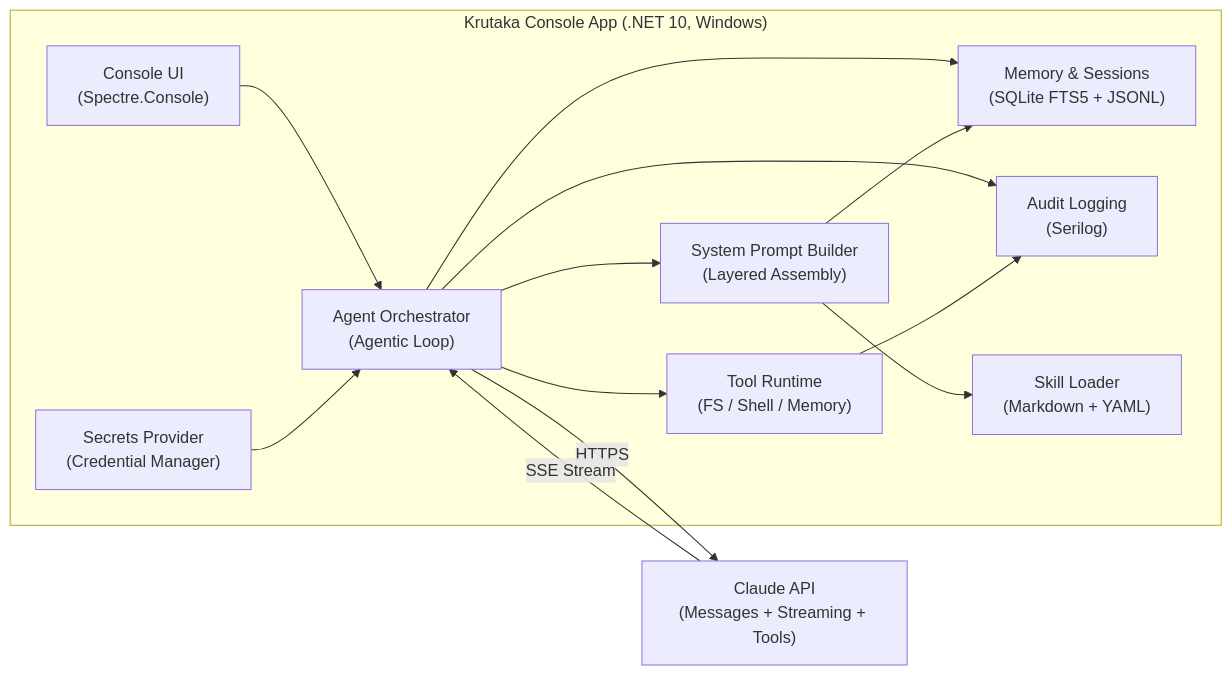
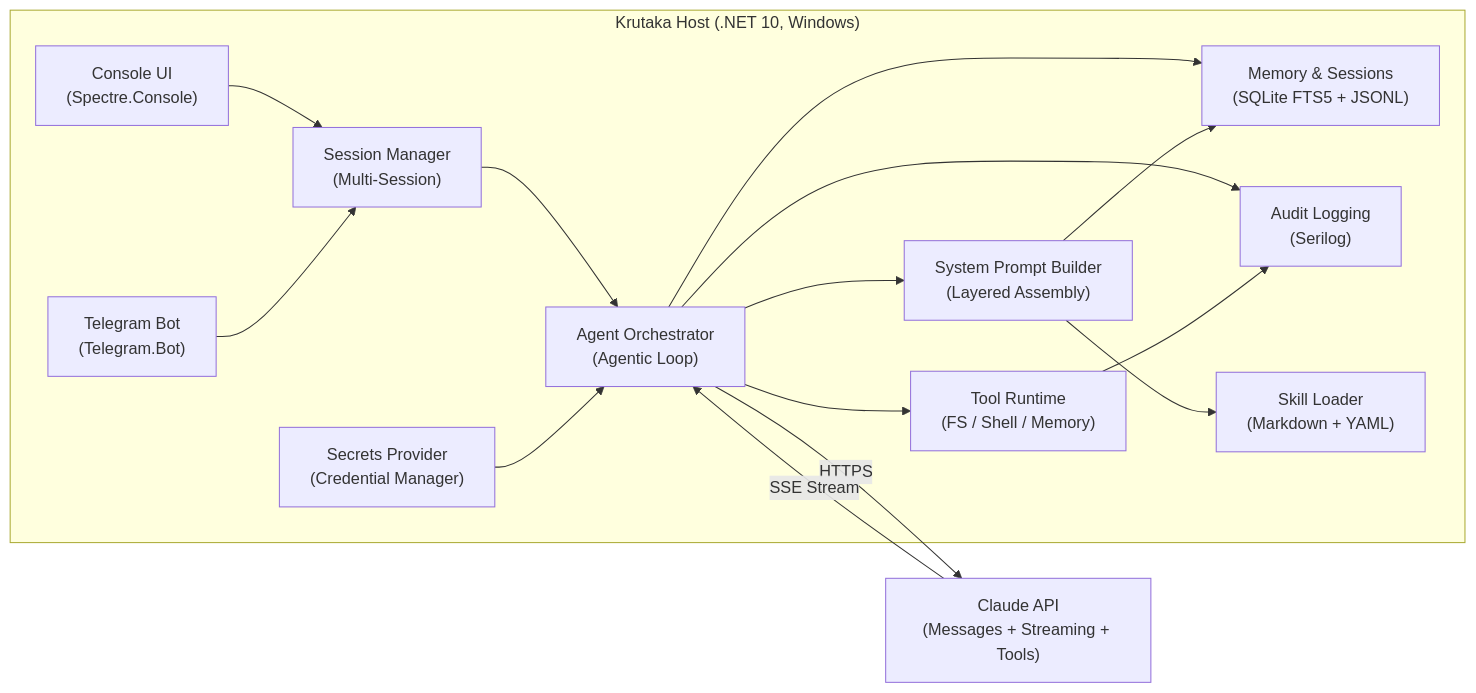
Before and after one commit to chethandvg/krutaka: the first of 3 diagrams in docs/architecture/OVERVIEW.md, drawn with Mermaid. The commit also changed other lines of this file and 2 other files, not shown here.

Commit message:
Update architecture docs for v0.4.0 - OVERVIEW.md, SECURITY.md, PROGRESS.md

````diff
--- a/docs/architecture/OVERVIEW.md
+++ b/docs/architecture/OVERVIEW.md
@@ -7,27 +7,31 @@
 ```mermaid
 flowchart LR
-  subgraph Host["Krutaka Console App (.NET 10, Windows)"]
+  subgraph Host["Krutaka Host (.NET 10, Windows)"]
     UI["Console UI\n(Spectre.Console)"]
+    Telegram["Telegram Bot\n(Telegram.Bot)"]
+    SessionMgr["Session Manager\n(Multi-Session)"]
     Orchestrator["Agent Orchestrator\n(Agentic Loop)"]
     Tools["Tool Runtime\n(FS / Shell / Memory)"]
     Memory["Memory & Sessions\n(SQLite FTS5 + JSONL)"]
     Secrets["Secrets Provider\n(Credential Manager)"]
     Logging["Audit Logging\n(Serilog)"]
     Skills["Skill Loader\n(Markdown + YAML)"]
     PromptBuilder["System Prompt Builder\n(Layered Assembly)"]
   end
 
   Claude["Claude API\n(Messages + Streaming + Tools)"]
 
-  UI --> Orchestrator
+  UI --> SessionMgr
+  Telegram --> SessionMgr
+  SessionMgr --> Orchestrator
   Orchestrator --> Tools
   Orchestrator --> Memory
   Orchestrator --> PromptBuilder
   PromptBuilder --> Skills
   PromptBuilder --> Memory
   Secrets --> Orchestrator
   Orchestrator -->|HTTPS| Claude
   Claude -->|SSE Stream| Orchestrator
   Orchestrator --> Logging
   Tools --> Logging
 ```
````
